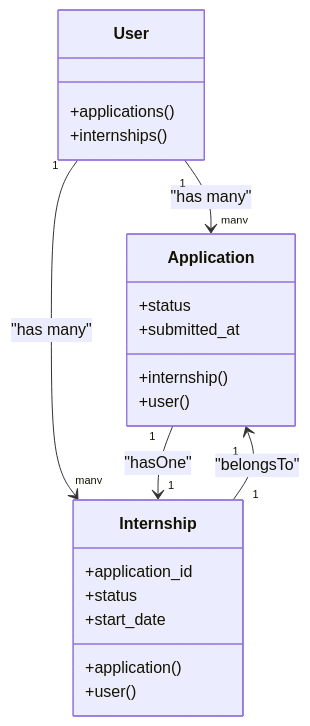
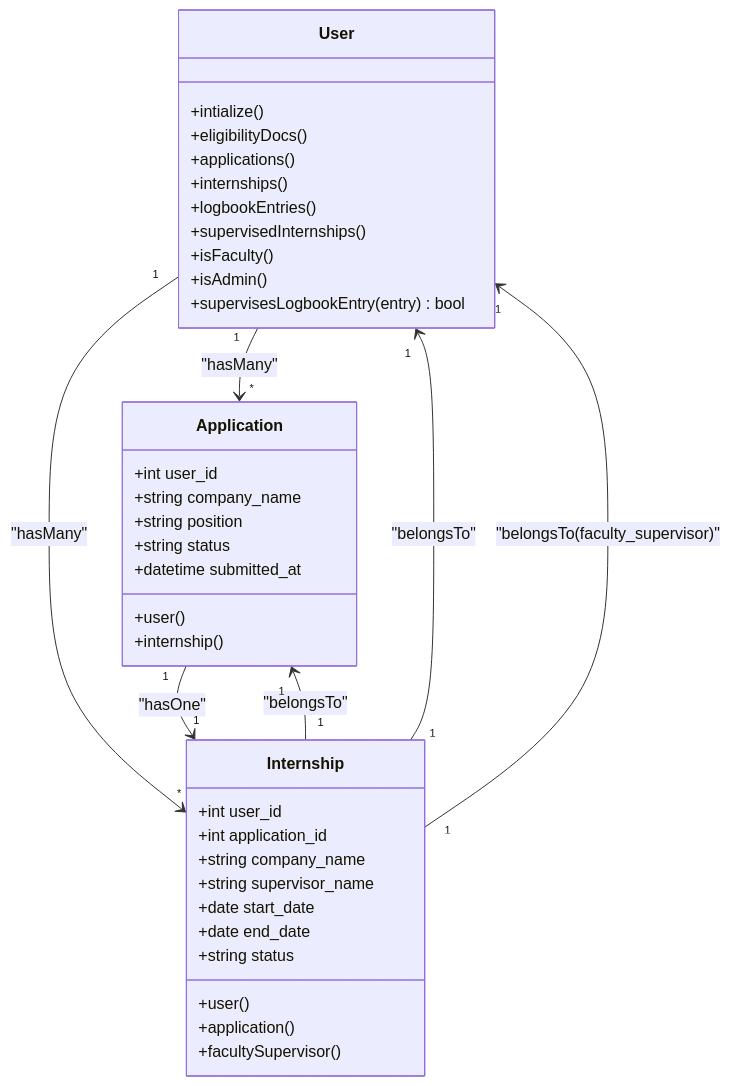
The fourth of 8 diagrams in .qoder/repowiki/en/content/Core Modules/Student Module/Placement Workflow.md (puromed/internims), drawn with Mermaid before and after one commit. The commit also changed other lines of this file and 51 other files, not shown here.

````diff
--- a/.qoder/repowiki/en/content/Core Modules/Student Module/Placement Workflow.md
+++ b/.qoder/repowiki/en/content/Core Modules/Student Module/Placement Workflow.md
@@ -188,24 +194,41 @@
 ```mermaid
 classDiagram
 class User {
++intialize()
++eligibilityDocs()
 +applications()
 +internships()
++logbookEntries()
++supervisedInternships()
++isFaculty()
++isAdmin()
++supervisesLogbookEntry(entry) bool
 }
 class Application {
++int user_id
++string company_name
++string position
++string status
++datetime submitted_at
++user()
 +internship()
-+user()
-+status
-+submitted_at
 }
 class Internship {
++int user_id
++int application_id
++string company_name
++string supervisor_name
++date start_date
++date end_date
++string status
++user()
 +application()
-+user()
-+application_id
-+status
-+start_date
++facultySupervisor()
 }
-User "1" --> "many" Application : "has many"
-User "1" --> "many" Internship : "has many"
+User "1" --> "*" Application : "hasMany"
+User "1" --> "*" Internship : "hasMany"
 Application "1" --> "1" Internship : "hasOne"
 Internship "1" --> "1" Application : "belongsTo"
+Internship "1" --> "1" User : "belongsTo"
+Internship "1" --> "1" User : "belongsTo(faculty_supervisor)"
 ```
````
